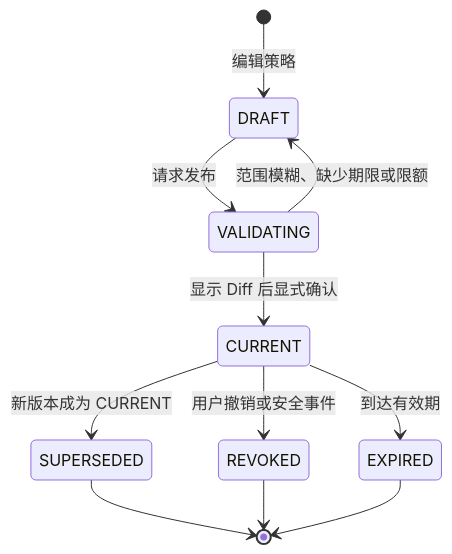
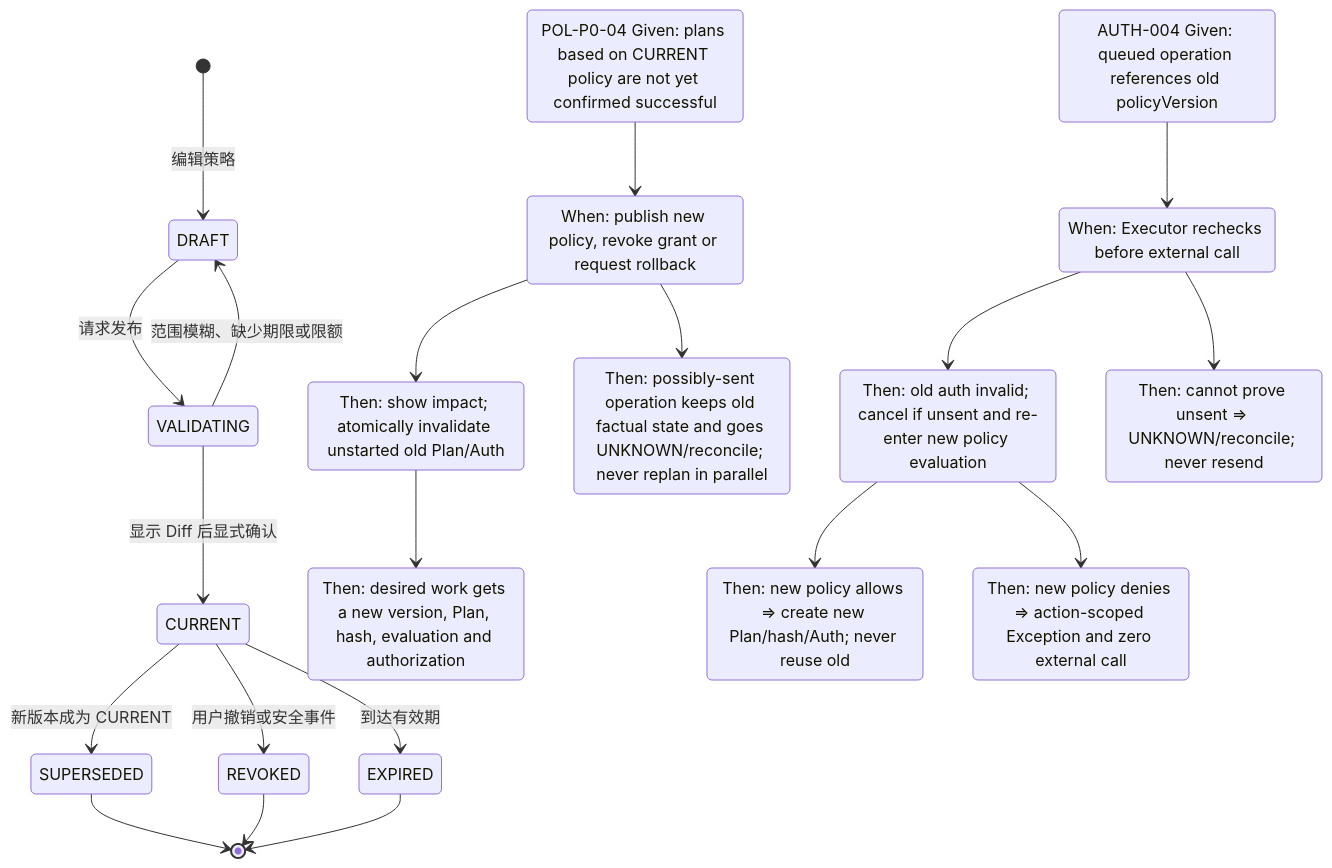
Diagram 15 of 17 in docs/product/uml/03-state-machines.md (AnnCYW-cm/rolefox), drawn with Mermaid before and after one commit. The commit also changed other lines of this file and 22 other files, not shown here.

Commit message:
docs: accept v0.1 product and UML baseline

````diff
--- a/docs/product/uml/03-state-machines.md
+++ b/docs/product/uml/03-state-machines.md
@@ -497,14 +535,36 @@
 ```mermaid
 stateDiagram-v2
     %% @anchor POLICY_VERSIONING
+    %% @anchor POLICY_CHANGE_INVALIDATION
+    %% @anchor QUEUED_POLICY_RECHECK
     [*] --> DRAFT : 编辑策略
     DRAFT --> VALIDATING : 请求发布
     VALIDATING --> DRAFT : 范围模糊、缺少期限或限额
     VALIDATING --> CURRENT : 显示 Diff 后显式确认
     CURRENT --> SUPERSEDED : 新版本成为 CURRENT
     CURRENT --> REVOKED : 用户撤销或安全事件
     CURRENT --> EXPIRED : 到达有效期
     SUPERSEDED --> [*]
     REVOKED --> [*]
     EXPIRED --> [*]
+    state "POL-P0-04 Given: plans based on CURRENT policy are not yet confirmed successful" as POL_P0_04_GIVEN
+    state "When: publish new policy, revoke grant or request rollback" as POL_P0_04_WHEN
+    state "Then: show impact; atomically invalidate unstarted old Plan/Auth" as POL_P0_04_INVALIDATE
+    state "Then: desired work gets a new version, Plan, hash, evaluation and authorization" as POL_P0_04_REPLAN
+    state "Then: possibly-sent operation keeps old factual state and goes UNKNOWN/reconcile; never replan in parallel" as POL_P0_04_INFLIGHT
+    POL_P0_04_GIVEN --> POL_P0_04_WHEN
+    POL_P0_04_WHEN --> POL_P0_04_INVALIDATE
+    POL_P0_04_WHEN --> POL_P0_04_INFLIGHT
+    POL_P0_04_INVALIDATE --> POL_P0_04_REPLAN
+    state "AUTH-004 Given: queued operation references old policyVersion" as AUTH_004_GIVEN
+    state "When: Executor rechecks before external call" as AUTH_004_WHEN
+    state "Then: old auth invalid; cancel if unsent and re-enter new policy evaluation" as AUTH_004_REEVAL
+    state "Then: new policy allows => create new Plan/hash/Auth; never reuse old" as AUTH_004_ALLOW
+    state "Then: new policy denies => action-scoped Exception and zero external call" as AUTH_004_DENY
+    state "Then: cannot prove unsent => UNKNOWN/reconcile; never resend" as AUTH_004_UNKNOWN
+    AUTH_004_GIVEN --> AUTH_004_WHEN
+    AUTH_004_WHEN --> AUTH_004_REEVAL
+    AUTH_004_WHEN --> AUTH_004_UNKNOWN
+    AUTH_004_REEVAL --> AUTH_004_ALLOW
+    AUTH_004_REEVAL --> AUTH_004_DENY
 ```
````
